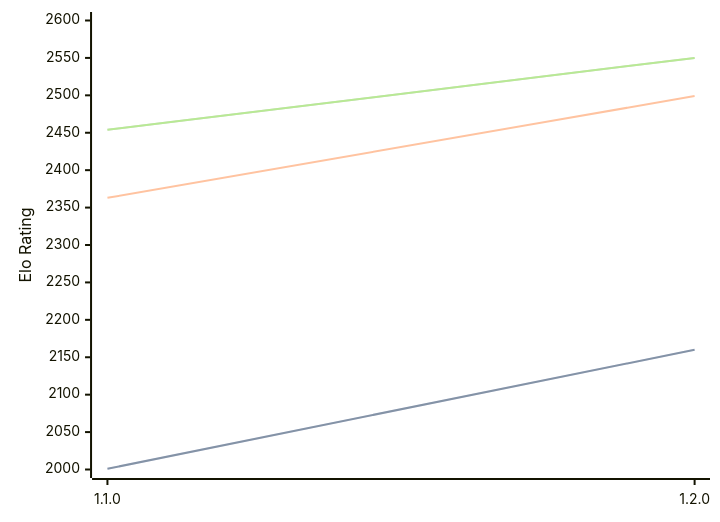
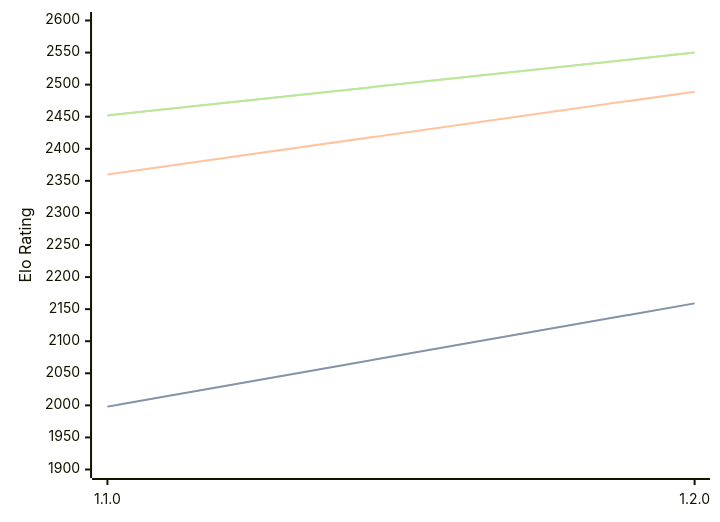
The diagram in engines/Gyatso.md (computer-chess-index/cci), drawn with Mermaid before and after one commit. The commit also changed other lines of this file, not shown here.

Commit message:
Update CCI Ratings (ELO VLTC) - 2026-03-11

````diff
--- a/engines/Gyatso.md
+++ b/engines/Gyatso.md
@@ -31,11 +31,11 @@
 ```mermaid
 %%{init: {"theme":"base","themeVariables":{"seriesColors:['#a3a3a3','#222221','#faa371']}}}%%
 xychart-beta
   x-axis ["1.1.0", "1.2.0"]
-  y-axis "Elo Rating" 2000 --> 2600
-  line "STC (8.0+0.08s)" [2001, 2160]
-  line "STC (8.0+0.08s)" [2001, 2160]
-  line "LTC (60.0+0.60s)" [2363, 2499]
-  line "VLTC (2m24s+1.12s)" [2454, 2550]
-  line "VLTC (2m24s+1.12s)" [2454, 2550]
+  y-axis "Elo Rating" 1900 --> 2600
+  line "STC (8.0+0.08s)" [1998, 2159]
+  line "STC (8.0+0.08s)" [1998, 2159]
+  line "LTC (60.0+0.60s)" [2360, 2489]
+  line "VLTC (2m24s+1.12s)" [2452, 2550]
+  line "VLTC (2m24s+1.12s)" [2452, 2550]
 ```
````
